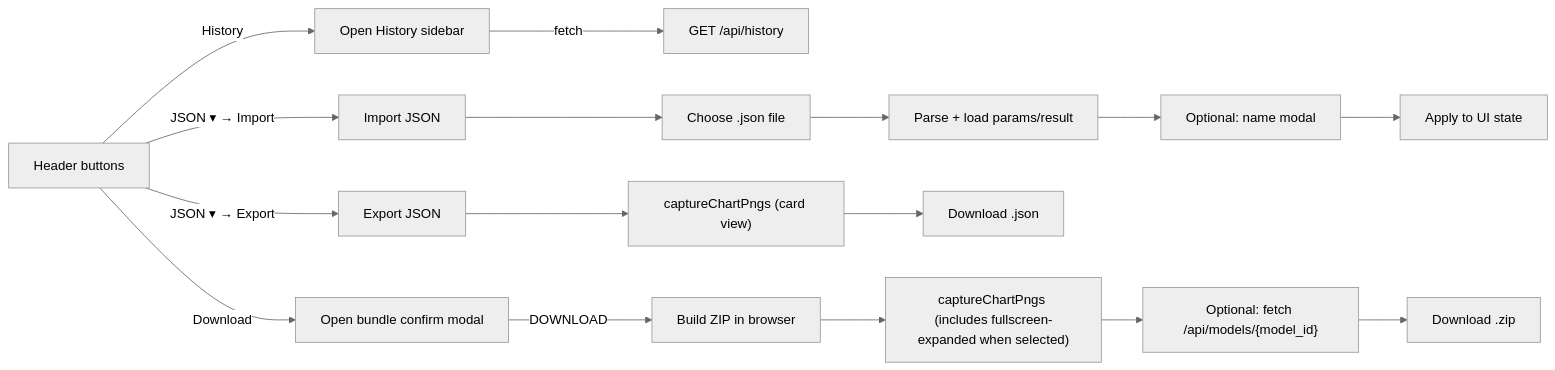
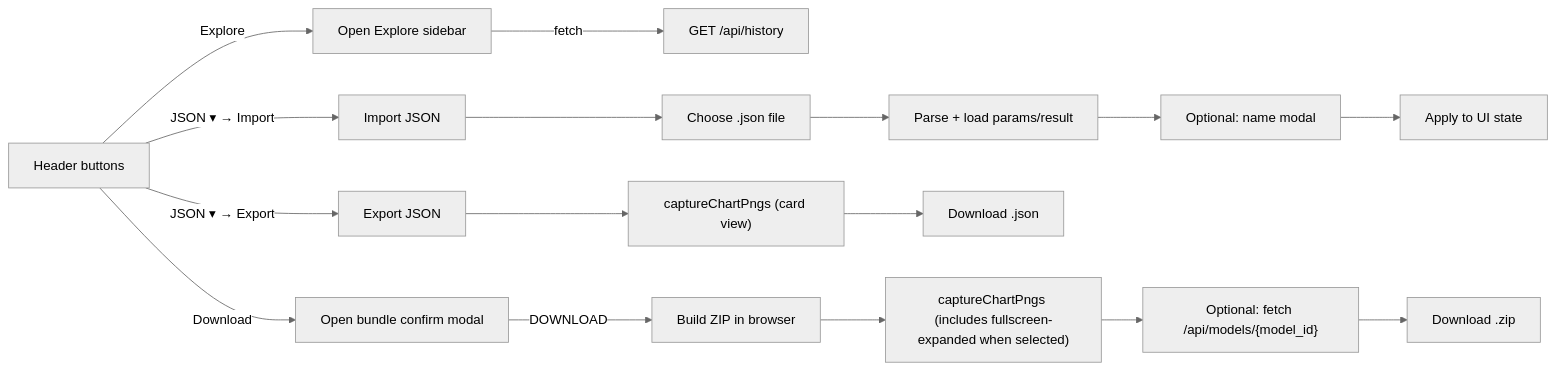
Before and after one commit to Northeastern-Research-ORNL-1/pyreflect-interface: the fifth of 11 diagrams in README.md, drawn with Mermaid (neutral theme). The commit also changed other lines of this file and 20 other files, not shown here.

````diff
--- a/README.md
+++ b/README.md
@@ -170,18 +181,18 @@
 ```mermaid
 flowchart LR
-  H[Header buttons] -->|History| HS[Open History sidebar]
+  H[Header buttons] -->|Explore| HS[Open Explore sidebar]
   HS -->|fetch| APIH[GET /api/history]
   H -->|JSON ▾ → Import| IMP[Import JSON]
   IMP --> FP[Choose .json file]
   FP --> PARSE[Parse + load params/result]
   PARSE --> NAME[Optional: name modal]
   NAME --> APPLY[Apply to UI state]
   H -->|JSON ▾ → Export| EXP[Export JSON]
   EXP --> CAP["captureChartPngs (card view)"]
   CAP --> DLJSON[Download .json]
   H -->|Download| DB[Open bundle confirm modal]
   DB -->|DOWNLOAD| BUILD[Build ZIP in browser]
   BUILD --> CAP2["captureChartPngs (includes fullscreen-expanded when selected)"]
   CAP2 --> MODEL["Optional: fetch /api/models/{model_id}"]
   MODEL --> DLZIP[Download .zip]
 ```
````
